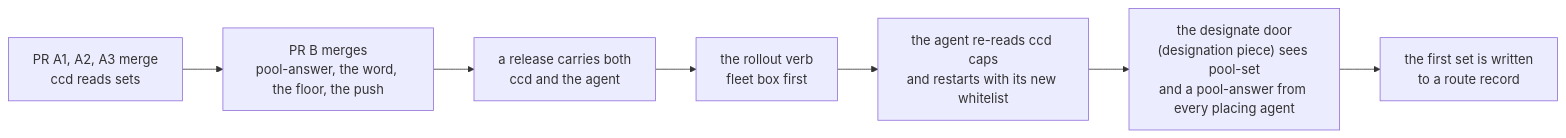
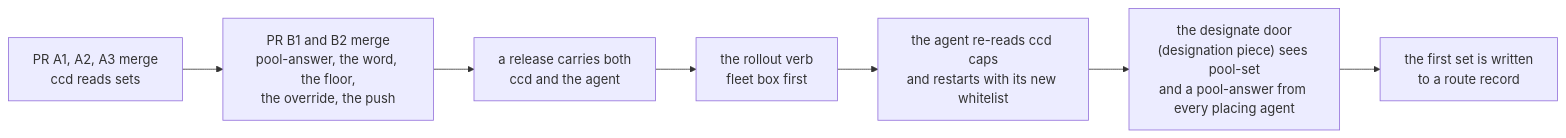
The second of 2 diagrams in docs/superpowers/plans/2026-11-14-overlord-w1/w1-pool-set.md (Synapsium-Labs/ccrc-pwa), drawn with Mermaid before and after one commit. The commit also changed other lines of this file, not shown here.

First line of the commit message:
docs(plan): pool set, fix round 2 (review 2092)

````diff
--- a/docs/superpowers/plans/2026-11-14-overlord-w1/w1-pool-set.md
+++ b/docs/superpowers/plans/2026-11-14-overlord-w1/w1-pool-set.md
@@ -910,9 +1078,9 @@
 ```mermaid
 flowchart LR
-  A["PR A1, A2, A3 merge<br/>ccd reads sets"] --> B["PR B merges<br/>pool-answer, the word, the floor, the push"]
+  A["PR A1, A2, A3 merge<br/>ccd reads sets"] --> B["PR B1 and B2 merge<br/>pool-answer, the word, the floor,<br/>the override, the push"]
   B --> R["a release carries both<br/>ccd and the agent"]
   R --> U["the rollout verb<br/>fleet box first"]
   U --> C["the agent re-reads ccd caps<br/>and restarts with its new whitelist"]
   C --> D["the designate door<br/>(designation piece) sees pool-set<br/>and a pool-answer from every placing agent"]
   D --> W["the first set is written<br/>to a route record"]
 ```
````
